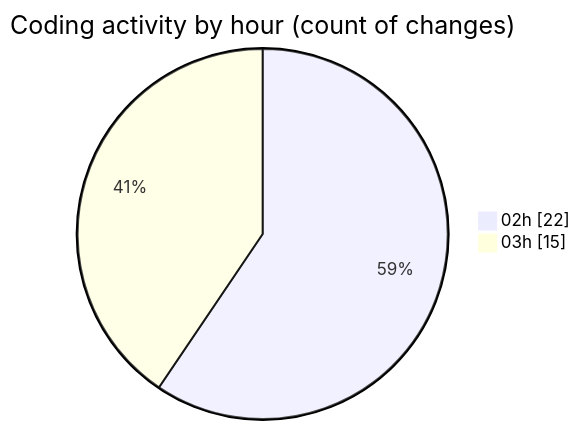
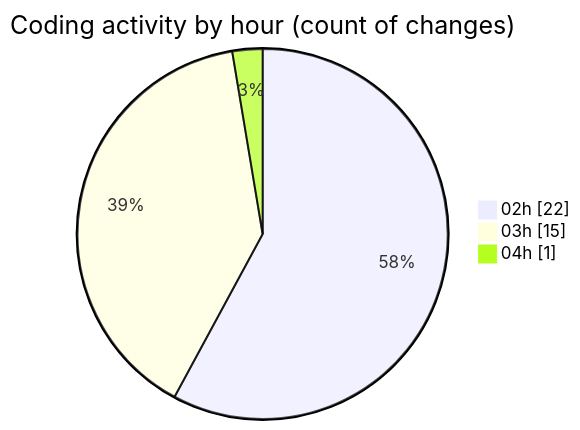
One commit to EIIisD/code-tracking changed the second of 2 diagrams in 2025-07-11/ribbon/README.md. Above: the diagram before and after it, drawn with Mermaid. The commit also changed other lines of this file and 1 other file, not shown here.

````diff
--- a/2025-07-11/ribbon/README.md
+++ b/2025-07-11/ribbon/README.md
@@ -39,6 +41,7 @@
 ```mermaid
 pie showData
 title Coding activity by hour (count of changes)
 "02h" : 22
 "03h" : 15
+"04h" : 1
 ```
````
